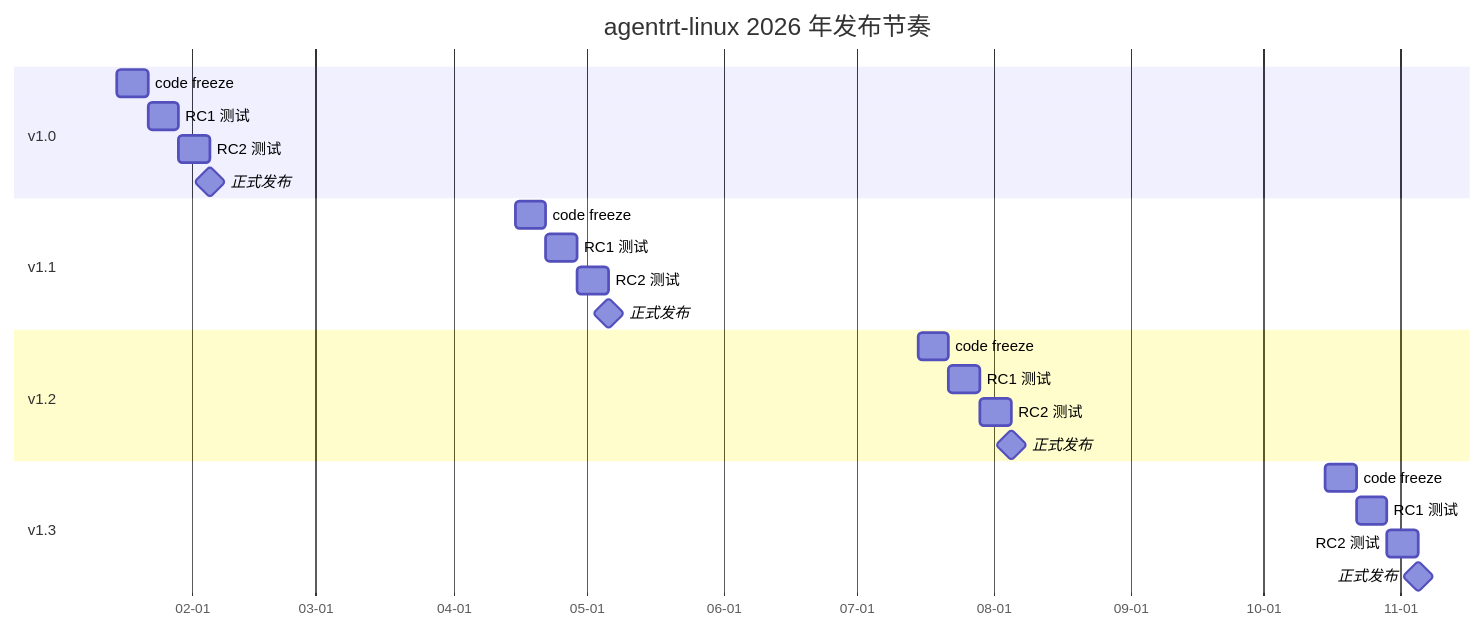
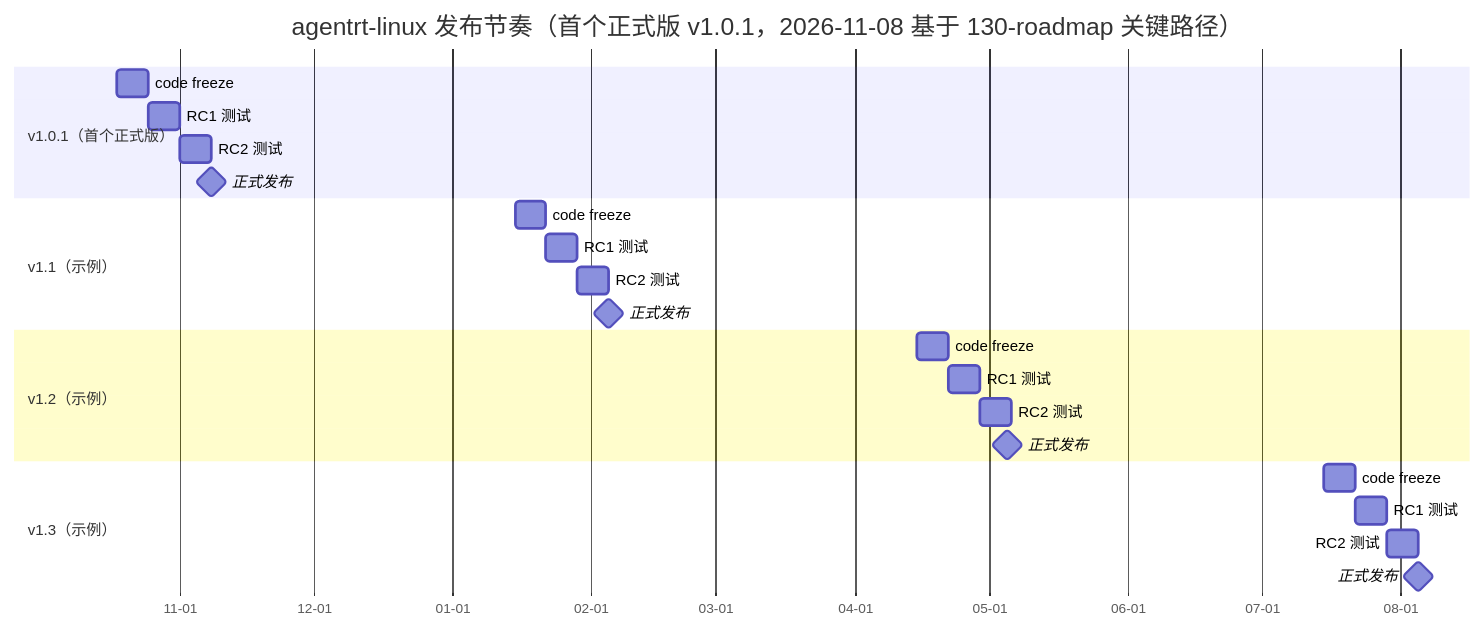
The first of 3 diagrams in AirymaxOS/120-development-process/05-stable-releases.md (openairymax/docs), drawn with Mermaid before and after one commit. The commit also changed other lines of this file and 135 other files, not shown here.

````diff
--- a/AirymaxOS/120-development-process/05-stable-releases.md
+++ b/AirymaxOS/120-development-process/05-stable-releases.md
@@ -48,26 +48,26 @@
 ```mermaid
 gantt
-    title agentrt-linux 2026 年发布节奏
+    title agentrt-linux 发布节奏（首个正式版 v1.0.1，2026-11-08 基于 130-roadmap 关键路径）
     dateFormat YYYY-MM-DD
     axisFormat %m-%d
-    section v1.0
-    code freeze       :2026-01-15, 7d
-    RC1 测试          :2026-01-22, 7d
-    RC2 测试          :2026-01-29, 7d
-    正式发布          :milestone, 2026-02-05, 0d
-    section v1.1
-    code freeze       :2026-04-15, 7d
-    RC1 测试          :2026-04-22, 7d
-    RC2 测试          :2026-04-29, 7d
-    正式发布          :milestone, 2026-05-06, 0d
-    section v1.2
-    code freeze       :2026-07-15, 7d
-    RC1 测试          :2026-07-22, 7d
-    RC2 测试          :2026-07-29, 7d
-    正式发布          :milestone, 2026-08-05, 0d
-    section v1.3
-    code freeze       :2026-10-15, 7d
-    RC1 测试          :2026-10-22, 7d
-    RC2 测试          :2026-10-29, 7d
-    正式发布          :milestone, 2026-11-05, 0d
+    section v1.0.1（首个正式版）
+    code freeze       :2026-10-18, 7d
+    RC1 测试          :2026-10-25, 7d
+    RC2 测试          :2026-11-01, 7d
+    正式发布          :milestone, 2026-11-08, 0d
+    section v1.1（示例）
+    code freeze       :2027-01-15, 7d
+    RC1 测试          :2027-01-22, 7d
+    RC2 测试          :2027-01-29, 7d
+    正式发布          :milestone, 2027-02-05, 0d
+    section v1.2（示例）
+    code freeze       :2027-04-15, 7d
+    RC1 测试          :2027-04-22, 7d
+    RC2 测试          :2027-04-29, 7d
+    正式发布          :milestone, 2027-05-05, 0d
+    section v1.3（示例）
+    code freeze       :2027-07-15, 7d
+    RC1 测试          :2027-07-22, 7d
+    RC2 测试          :2027-07-29, 7d
+    正式发布          :milestone, 2027-08-05, 0d
 ```
````
